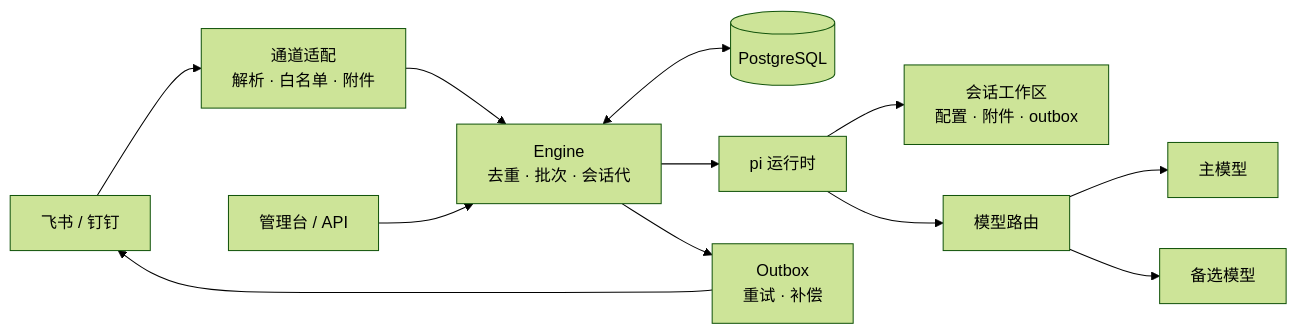
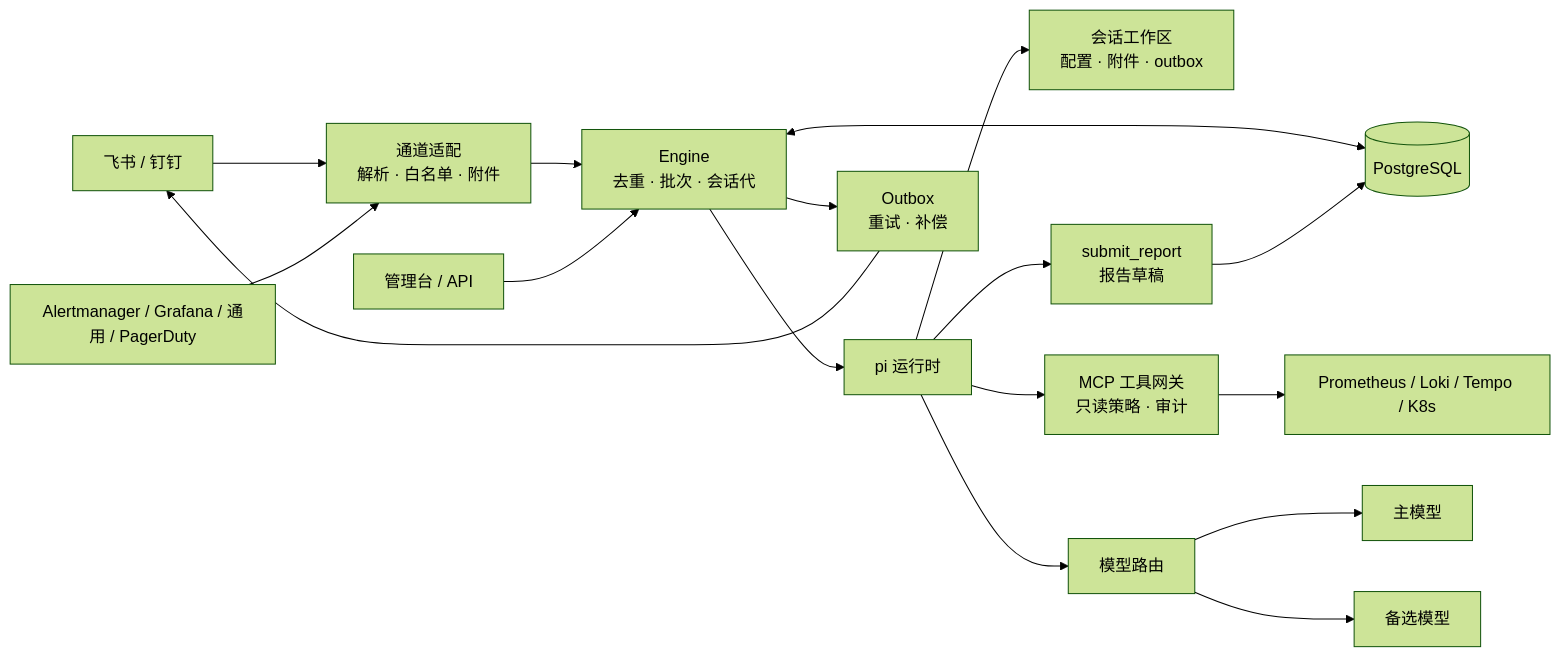
The diagram in README.md (dongdonglog/Agenthub), drawn with Mermaid (forest theme) before and after one commit. The commit also changed other lines of this file, not shown here.

````diff
--- a/README.md
+++ b/README.md
@@ -104,14 +118,19 @@
 ```mermaid
 flowchart LR
   U[飞书 / 钉钉] --> C[通道适配<br/>解析 · 白名单 · 附件]
+  A[Alertmanager / Grafana / 通用 / PagerDuty] --> C
   C --> E[Engine<br/>去重 · 批次 · 会话代]
   E <--> DB[(PostgreSQL)]
   E --> R[pi 运行时]
   R --> W[会话工作区<br/>配置 · 附件 · outbox]
+  R --> G[MCP 工具网关<br/>只读策略 · 审计]
+  G --> OBS[Prometheus / Loki / Tempo / K8s]
   R --> MR[模型路由]
   MR --> P1[主模型]
   MR --> P2[备选模型]
+  R --> REP[submit_report<br/>报告草稿]
+  REP --> DB
   E --> O[Outbox<br/>重试 · 补偿]
   O --> U
-  A[管理台 / API] --> E
+  ADM[管理台 / API] --> E
 ```
````
